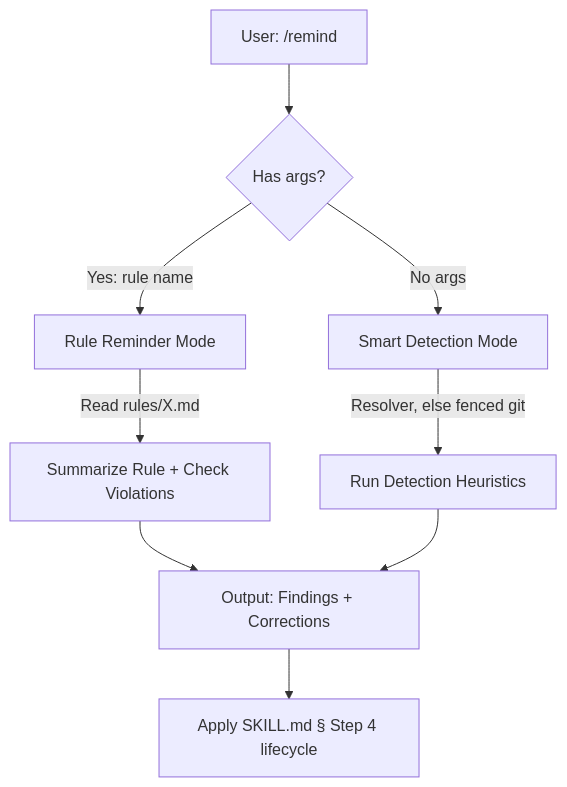
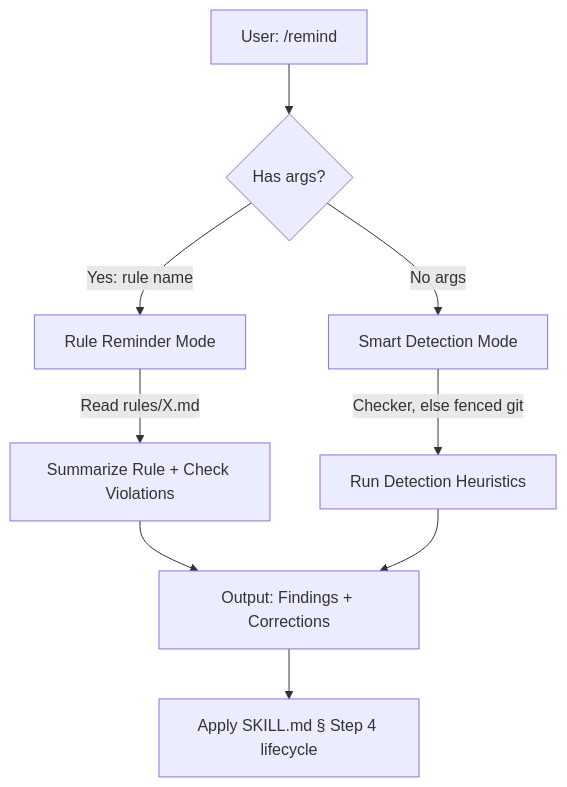
The diagram in docs/features/remind/2-tech-spec.md (sd0xdev/sd0x-dev-flow), drawn with Mermaid before and after one commit. The commit also changed other lines of this file and 12 other files, not shown here.

````diff
--- a/docs/features/remind/2-tech-spec.md
+++ b/docs/features/remind/2-tech-spec.md
@@ -42,11 +44,11 @@
 ```mermaid
 flowchart TD
     U[User: /remind] --> P{Has args?}
     P --> |Yes: rule name| R[Rule Reminder Mode]
     P --> |No args| D[Smart Detection Mode]
     R --> |Read rules/X.md| RS[Summarize Rule + Check Violations]
-    D --> |Resolver, else fenced git| DS[Run Detection Heuristics]
+    D --> |Checker, else fenced git| DS[Run Detection Heuristics]
     RS --> O[Output: Findings + Corrections]
     DS --> O
     O --> X[Apply SKILL.md § Step 4 lifecycle]
 ```
````
